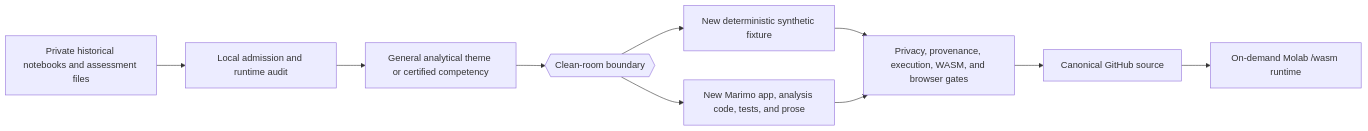
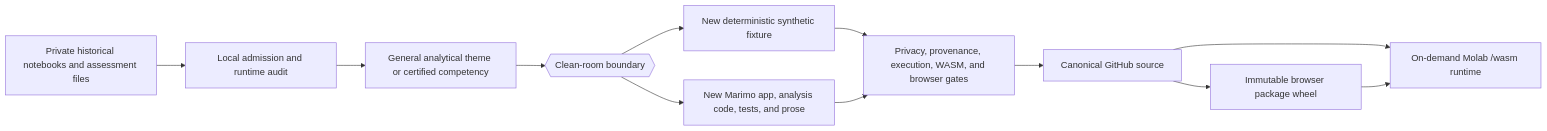
The diagram in docs/specs/analytics_learning_labs/README.md (Saltiola7/Data-Analysis-Portfolio), drawn with Mermaid before and after one commit. The commit also changed other lines of this file and 1 other file, not shown here.

Commit message:
[domain] define browser package delivery

````diff
--- a/docs/specs/analytics_learning_labs/README.md
+++ b/docs/specs/analytics_learning_labs/README.md
@@ -59,25 +63,28 @@
 ```mermaid
 flowchart LR
     accTitle: Private-source review and clean-room learning-lab delivery
     accDescr: Private notebooks and assessment files enter a local admission audit only. General analytical themes cross a clean-room boundary into newly written synthetic fixtures, code, tests, and prose. Validated GitHub source is then available through on-demand Molab runtimes.
 
     PRIVATE["Private historical notebooks and assessment files"]
     AUDIT["Local admission and runtime audit"]
     THEME["General analytical theme or certified competency"]
     BOUNDARY{{"Clean-room boundary"}}
     FIXTURE["New deterministic synthetic fixture"]
     SOURCE["New Marimo app, analysis code, tests, and prose"]
     GATES["Privacy, provenance, execution, WASM, and browser gates"]
     GITHUB["Canonical GitHub source"]
+    WHEEL["Immutable browser package wheel"]
     MOLAB["On-demand Molab /wasm runtime"]
 
     PRIVATE --> AUDIT
     AUDIT --> THEME
     THEME --> BOUNDARY
     BOUNDARY --> FIXTURE
     BOUNDARY --> SOURCE
     FIXTURE --> GATES
     SOURCE --> GATES
     GATES --> GITHUB
+    GITHUB --> WHEEL
     GITHUB --> MOLAB
+    WHEEL --> MOLAB
 ```
````
